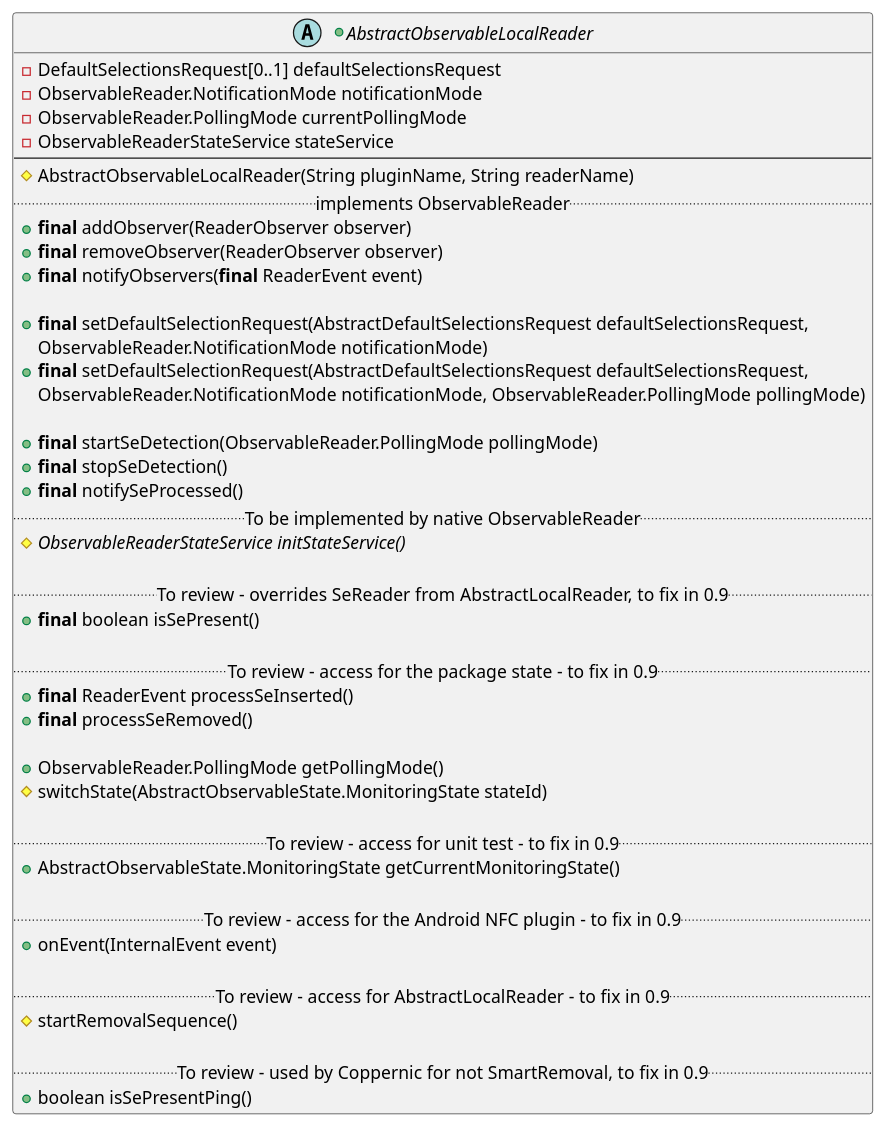
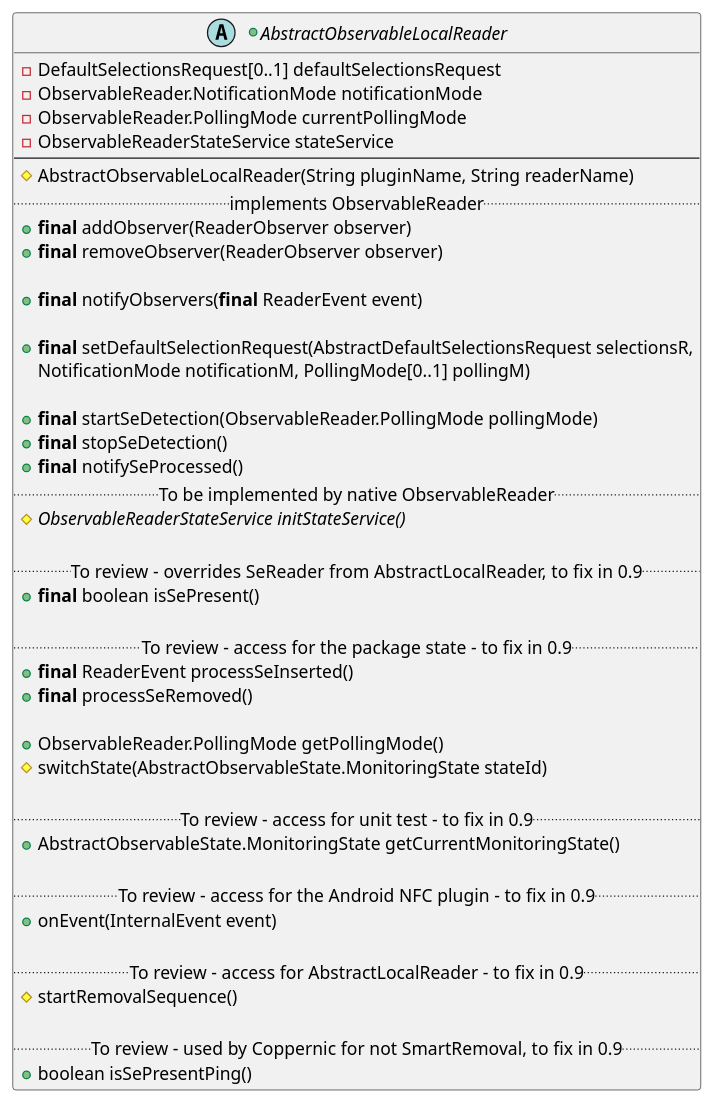
Diagram 28 of 29 in src/KeypleCoreApi/PluginApi/puml/KeypleCore-PluginApi-ClassDiag-SE_Proxy-ClassElements.iuml (calypsonet/keyple), drawn with PlantUML before and after one commit. The commit also changed other lines of this file and 44 other files, not shown here.

Commit message:
Observable Reader states fixes

```diff
--- a/src/KeypleCoreApi/PluginApi/puml/KeypleCore-PluginApi-ClassDiag-SE_Proxy-ClassElements.iuml
+++ b/src/KeypleCoreApi/PluginApi/puml/KeypleCore-PluginApi-ClassDiag-SE_Proxy-ClassElements.iuml
@@ -601,48 +601,47 @@
 @startuml(id=PLUGIN_OBSERVABLEREADER_0_8_1)
 +abstract AbstractObservableLocalReader {
   -DefaultSelectionsRequest[0..1] defaultSelectionsRequest
   -ObservableReader.NotificationMode notificationMode
   -ObservableReader.PollingMode currentPollingMode
   -ObservableReaderStateService stateService
   --
   #AbstractObservableLocalReader(String pluginName, String readerName)
   .. implements ObservableReader ..
   +<b>final</b> addObserver(ReaderObserver observer)
   +<b>final</b> removeObserver(ReaderObserver observer)
+
   +<b>final</b> notifyObservers(<b>final</b> ReaderEvent event)
 
-  +<b>final</b> setDefaultSelectionRequest(AbstractDefaultSelectionsRequest defaultSelectionsRequest,
-    ObservableReader.NotificationMode notificationMode)
-  +<b>final</b> setDefaultSelectionRequest(AbstractDefaultSelectionsRequest defaultSelectionsRequest,
-    ObservableReader.NotificationMode notificationMode, ObservableReader.PollingMode pollingMode)
+  +<b>final</b> setDefaultSelectionRequest(AbstractDefaultSelectionsRequest selectionsR,
+      NotificationMode notificationM, PollingMode[0..1] pollingM)
 
   +<b>final</b> startSeDetection(ObservableReader.PollingMode pollingMode)
   +<b>final</b> stopSeDetection()
   +<b>final</b> notifySeProcessed()
 '
   .. To be implemented by native ObservableReader ..
   #{abstract} ObservableReaderStateService initStateService()
 
   .. To review - overrides SeReader from AbstractLocalReader, to fix in 0.9 ..
   +<b>final</b> boolean isSePresent()
 
   .. To review - access for the package state - to fix in 0.9 ..
   +<b>final</b> ReaderEvent processSeInserted()
   +<b>final</b> processSeRemoved()
 
   +ObservableReader.PollingMode getPollingMode()
   #switchState(AbstractObservableState.MonitoringState stateId)
 
   .. To review - access for unit test - to fix in 0.9 ..
   +AbstractObservableState.MonitoringState getCurrentMonitoringState()
 
   .. To review - access for the Android NFC plugin - to fix in 0.9 ..
   +onEvent(InternalEvent event)
 
   .. To review - access for AbstractLocalReader - to fix in 0.9 ..
   #startRemovalSequence()
 
   .. To review - used by Coppernic for not SmartRemoval, to fix in 0.9 ..
   +boolean isSePresentPing()
 }
 @enduml
```
